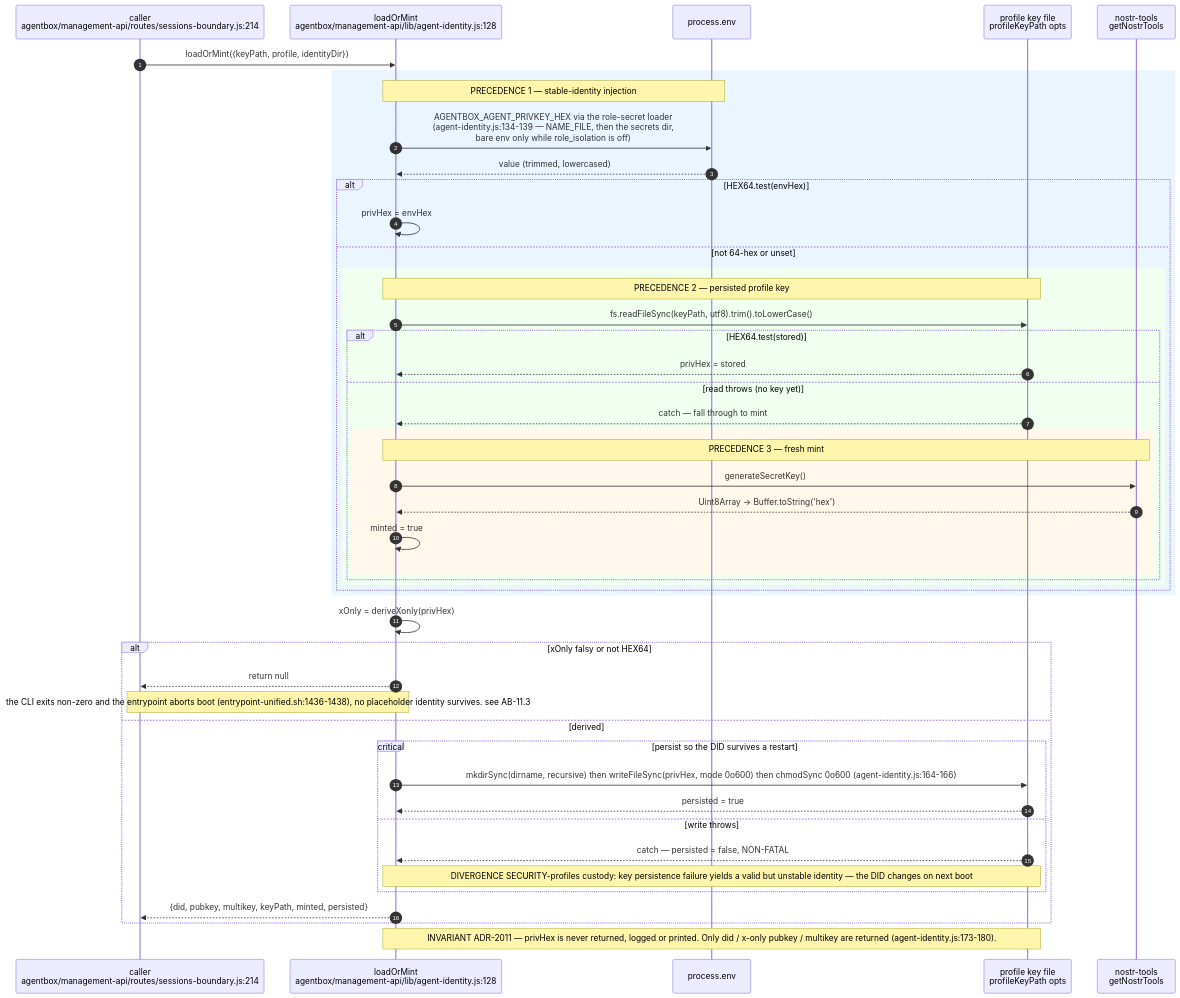
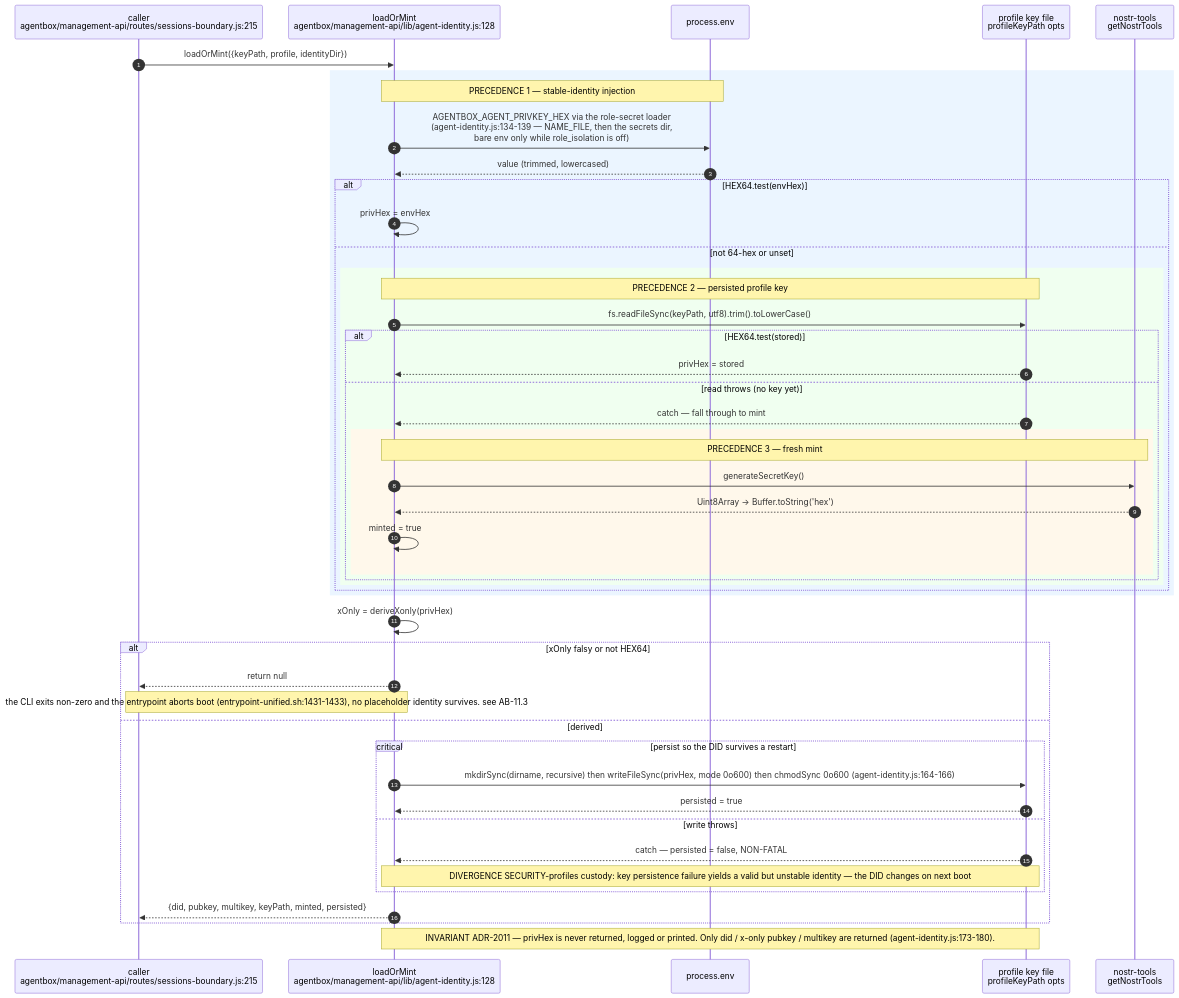
One commit to DreamLab-AI/VisionFlow changed the second of 16 diagrams in docs/diagrams/agentbox/11-identity-did-mandate-authority.md. Above: the diagram before and after it, drawn with Mermaid. The commit also changed other lines of this file and 9 other files, not shown here.

Commit message:
docs: align management, adapter and identity diagrams (#35)

````diff
--- a/docs/diagrams/agentbox/11-identity-did-mandate-authority.md
+++ b/docs/diagrams/agentbox/11-identity-did-mandate-authority.md
@@ -107,50 +107,50 @@
 ```mermaid
 sequenceDiagram
     autonumber
-    participant CALLER as caller<br/>agentbox/management-api/routes/sessions-boundary.js:214
+    participant CALLER as caller<br/>agentbox/management-api/routes/sessions-boundary.js:215
     participant AI as loadOrMint<br/>agentbox/management-api/lib/agent-identity.js:128
     participant ENV as process.env
     participant FS as profile key file<br/>profileKeyPath opts
     participant NT as nostr-tools<br/>getNostrTools
 
     CALLER->>AI: loadOrMint({keyPath, profile, identityDir})
     rect rgb(235,245,255)
     Note over AI,ENV: PRECEDENCE 1 — stable-identity injection
     AI->>ENV: AGENTBOX_AGENT_PRIVKEY_HEX via the role-secret loader<br/>(agent-identity.js:134-139 — NAME_FILE, then the secrets dir,<br/>bare env only while role_isolation is off)
     ENV-->>AI: value (trimmed, lowercased)
     alt HEX64.test(envHex)
         AI->>AI: privHex = envHex
     else not 64-hex or unset
         rect rgb(240,255,240)
         Note over AI,FS: PRECEDENCE 2 — persisted profile key
         AI->>FS: fs.readFileSync(keyPath, utf8).trim().toLowerCase()
         alt HEX64.test(stored)
             FS-->>AI: privHex = stored
         else read throws (no key yet)
             FS-->>AI: catch — fall through to mint
             rect rgb(255,248,235)
             Note over AI,NT: PRECEDENCE 3 — fresh mint
             AI->>NT: generateSecretKey()
             NT-->>AI: Uint8Array -> Buffer.toString('hex')
             AI->>AI: minted = true
             end
         end
         end
     end
     end
     AI->>AI: xOnly = deriveXonly(privHex)
     alt xOnly falsy or not HEX64
         AI-->>CALLER: return null
-        Note over AI,CALLER: the CLI exits non-zero and the entrypoint aborts boot (entrypoint-unified.sh:1436-1438), no placeholder identity survives. see AB-11.3
+        Note over AI,CALLER: the CLI exits non-zero and the entrypoint aborts boot (entrypoint-unified.sh:1431-1433), no placeholder identity survives. see AB-11.3
     else derived
         critical persist so the DID survives a restart
             AI->>FS: mkdirSync(dirname, recursive) then writeFileSync(privHex, mode 0o600) then chmodSync 0o600 (agent-identity.js:164-166)
             FS-->>AI: persisted = true
         option write throws
             FS-->>AI: catch — persisted = false, NON-FATAL
             Note over AI,FS: DIVERGENCE SECURITY-profiles custody: key persistence failure yields a valid but unstable identity — the DID changes on next boot
         end
         AI-->>CALLER: {did, pubkey, multikey, keyPath, minted, persisted}
     end
     Note over AI,FS: INVARIANT ADR-2011 — privHex is never returned, logged or printed. Only did / x-only pubkey / multikey are returned (agent-identity.js:173-180).
 ```
````
